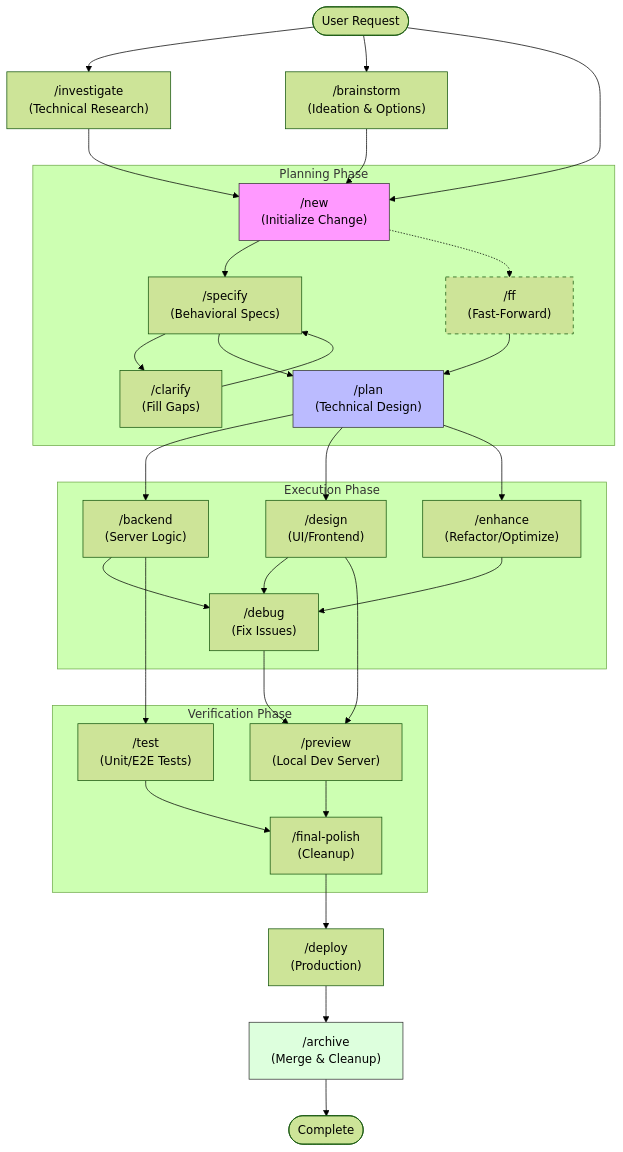
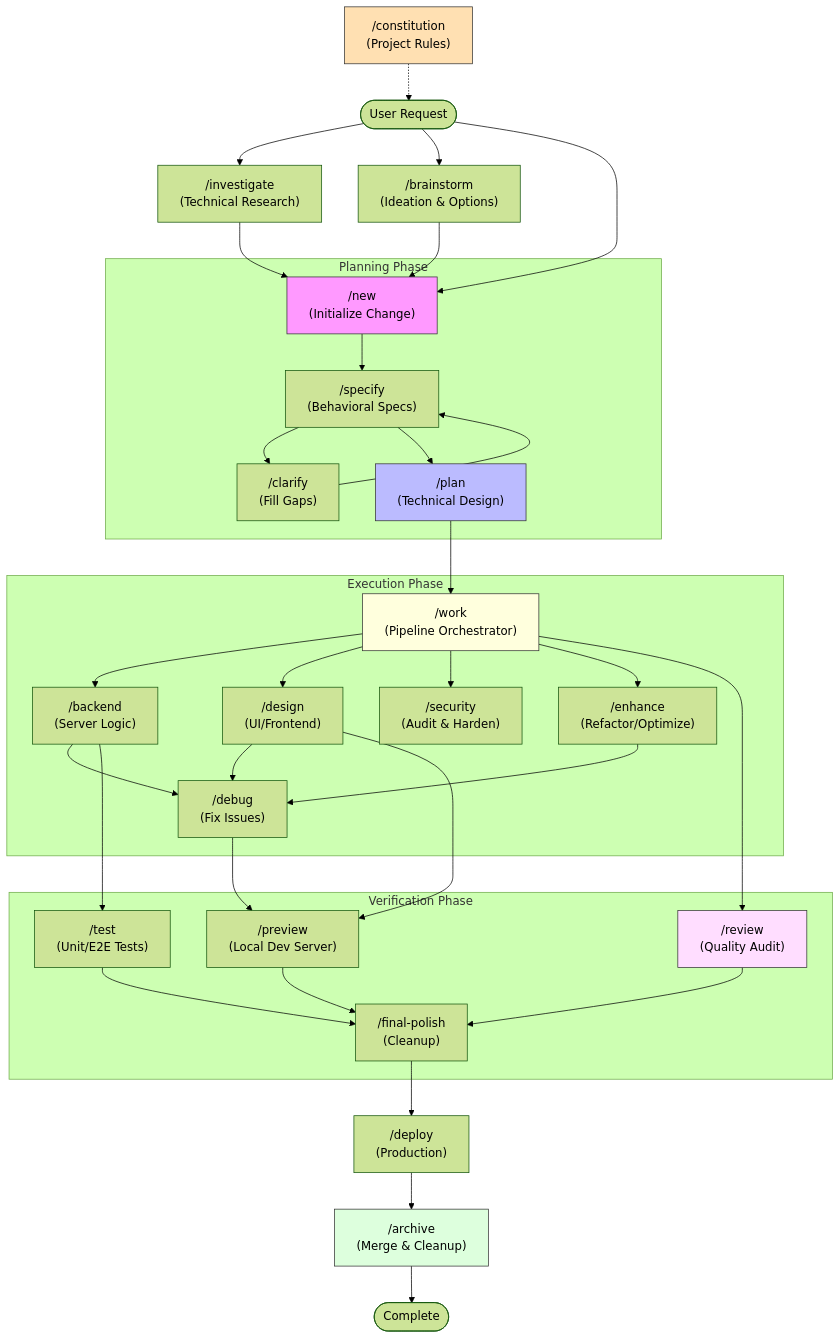
Before and after one commit to Ippollo/Specwright: the diagram in docs/PROJECT_LIFECYCLE.md, drawn with Mermaid (forest theme). The commit also changed other lines of this file and 15 other files, not shown here.

````diff
--- a/docs/PROJECT_LIFECYCLE.md
+++ b/docs/PROJECT_LIFECYCLE.md
@@ -7,52 +7,57 @@
 ```mermaid
 graph TD
+    %% Governance
+    Constitution["/constitution<br/>(Project Rules)"] -.-> Start
+
     %% Entry Points
     Start([User Request]) --> Investigate["/investigate<br/>(Technical Research)"]
     Start --> Brainstorm["/brainstorm<br/>(Ideation & Options)"]
     Start --> New["/new<br/>(Initialize Change)"]
 
     %% Planning Flow
     Investigate --> New
     Brainstorm --> New
 
     subgraph "Planning Phase"
         New --> Specify["/specify<br/>(Behavioral Specs)"]
         Specify --> Clarify["/clarify<br/>(Fill Gaps)"]
         Clarify --> Specify
         Specify --> Plan["/plan<br/>(Technical Design)"]
-
-        %% Fast Track
-        New -.-> FF["/ff<br/>(Fast-Forward)"]
-        FF --> Plan
     end
 
     %% Execution Phase
     subgraph "Execution Phase"
-        Plan --> Backend["/backend<br/>(Server Logic)"]
-        Plan --> Design["/design<br/>(UI/Frontend)"]
-        Plan --> Enhance["/enhance<br/>(Refactor/Optimize)"]
+        Plan --> Work["/work<br/>(Pipeline Orchestrator)"]
+        Work --> Backend["/backend<br/>(Server Logic)"]
+        Work --> Design["/design<br/>(UI/Frontend)"]
+        Work --> Security["/security<br/>(Audit & Harden)"]
+        Work --> Enhance["/enhance<br/>(Refactor/Optimize)"]
 
         Backend --> Debug["/debug<br/>(Fix Issues)"]
         Design --> Debug
         Enhance --> Debug
     end
 
     %% Verification & Completion
     subgraph "Verification Phase"
         Debug --> Preview["/preview<br/>(Local Dev Server)"]
         Backend --> Test["/test<br/>(Unit/E2E Tests)"]
         Design --> Preview
+        Work --> Review["/review<br/>(Quality Audit)"]
         Preview --> Final["/final-polish<br/>(Cleanup)"]
         Test --> Final
+        Review --> Final
     end
 
     Final --> Deploy["/deploy<br/>(Production)"]
     Deploy --> Archive["/archive<br/>(Merge & Cleanup)"]
     Archive --> End([Complete])
 
     %% Styling
-    style FF stroke-dasharray: 5 5
+    style Constitution fill:#ffe0b2,stroke:#333
+    style Work fill:#ffd,stroke:#333
     style New fill:#f9f,stroke:#333
     style Archive fill:#dfd,stroke:#333
     style Plan fill:#bbf,stroke:#333
+    style Review fill:#fdf,stroke:#333
 ```
````
